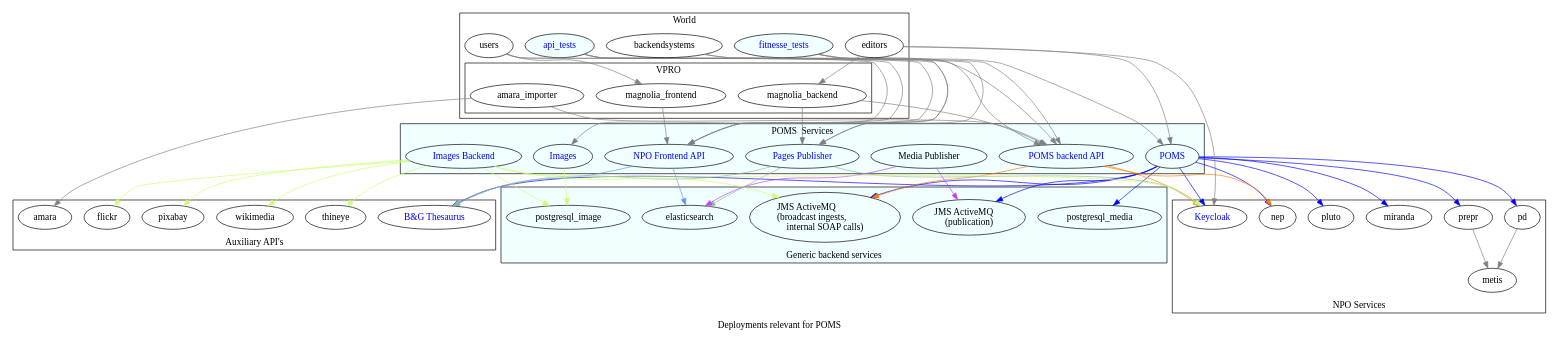
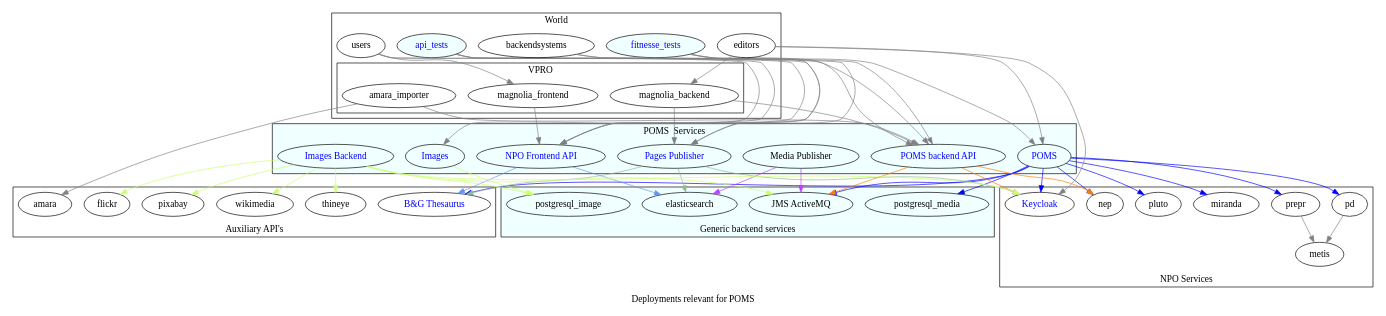
One commit to npo-poms/poms-parent changed the diagram in poms-deployment.dot. Above: the diagram before and after it, drawn with Graphviz. The commit also changed 2 other files, not shown here.

Commit message:
we just have one jms nowadays, again

```diff
--- a/poms-deployment.dot
+++ b/poms-deployment.dot
@@ -1,191 +1,189 @@
 digraph poms_universe {
 
     label="Deployments relevant for POMS"
     edge [
       color=gray
     ]
 
     poms [ label="POMS" href="https://poms.omroep.nl/" fontcolor=blue ]
     poms_backend [ label="POMS backend API" href="https://api.poms.omroep.nl/" fontcolor=blue ]
     api [ label = "NPO Frontend API" href="https://rs.poms.omroep.nl/" fontcolor=blue ]
     pages_publish [ label = "Pages Publisher"     href="https://publish.pages.omroep.nl/" fontcolor=blue ]
     media_publish [ label = "Media Publisher" ]
     images_frontend [ label = "Images" href="https://images.poms.omroep.nl" fontcolor=blue]
     images_backend [ label = "Images Backend" href="https://poms.omroep.nl/images/" fontcolor=blue ]
     gtaa [ label ="B&G Thesaurus"  href="http://gtaa.beeldengeluid.nl/" fontcolor=blue]
     thineye
     api_tests [
        fillcolor=azure
        style=filled
        href="https://git.vpro.nl/npo/test/api-tests/pipelines"
        fontcolor="blue"
     ]
 
     fitnesse_tests [
        fillcolor=azure
        style=filled
        href="https://jenkins.vpro.nl/view/POMS/job/POMS-Fitnesse-Tests/"
        fontcolor="blue"
     ]
 
     subgraph cluster_0  {
       label="Generic backend services"
       labelloc=b
       bgcolor=azure
       postgresql_media
       postgresql_image
       elasticsearch
-      jms_ingest [ label = "JMS ActiveMQ\l(broadcast ingests,\linternal SOAP calls)" ]
-      jms_publish [ label = "JMS ActiveMQ\l(publication)" ]
+      jms [ label = "JMS ActiveMQ" ]
     }
 
 
 subgraph cluster_3  {
   label="World"
   users
   backendsystems
   editors
   api_tests
   fitnesse_tests
 subgraph cluster_2  {
   label="VPRO"
   magnolia_frontend
   magnolia_backend
   amara_importer
 }
 
 }
 subgraph cluster_4  {
   label="POMS  Services"
   bgcolor=azure
   poms
   poms_backend
   pages_publish
   media_publish
   api
   images_frontend
   images_backend
 }
 
 subgraph cluster_5  {
   label="NPO Services"
   labelloc=b
   metis
   pd
   prepr
   miranda
   pluto
   nep
   keycloak [ label = "Keycloak" href="https://ident.poms.omroep.nl/auth/" fontcolor=blue]
 }
 
 subgraph cluster_6 {
   label="Auxiliary API's"
   labelloc=b
   gtaa
   thineye
   wikimedia
   pixabay
   flickr
   amara
 }
 
 editors -> {
   magnolia_backend
   poms
   keycloak
 }
 
 users -> {
   magnolia_frontend
   api
   images_frontend
 }
 
 backendsystems -> {
   poms_backend
   pages_publish
 }
 
 poms -> {
   postgresql_media
-  jms_publish
-  jms_ingest
+  jms
   keycloak
   miranda
   prepr
   pd
   pluto
   nep
   gtaa
 }[color=blue]
 
 poms_backend -> {
-  jms_ingest
+  jms
   nep
   keycloak
 }[color=darkorange1]
 
 api -> {
   elasticsearch
   gtaa
 }[color=cornflowerblue]
 
 pages_publish-> {
   elasticsearch
   keycloak
   gtaa
 }[color=darkseagreen]
 
 media_publish -> {
   elasticsearch
-  jms_publish
+  jms
 }[color=darkorchid1]
 
 
 images_frontend -> {
   postgresql_image
 }[color=darkolivegreen1]
 
 images_backend -> {
   postgresql_image
-  jms_ingest
+  jms
   keycloak
   thineye
   wikimedia
   pixabay
   flickr
 }[color=darkolivegreen1]
 
 magnolia_backend -> {
   poms_backend
   pages_publish
 }
 
 magnolia_frontend -> {
   api
 }
 
 prepr -> metis
 pd -> metis
 
 
 api_tests -> {
   poms_backend
   pages_publish
   api
 }
 
 fitnesse_tests -> {
   poms_backend
   poms
   api
 }
 
 
 amara_importer -> {
   poms_backend
   amara
 }
 
 }
```
